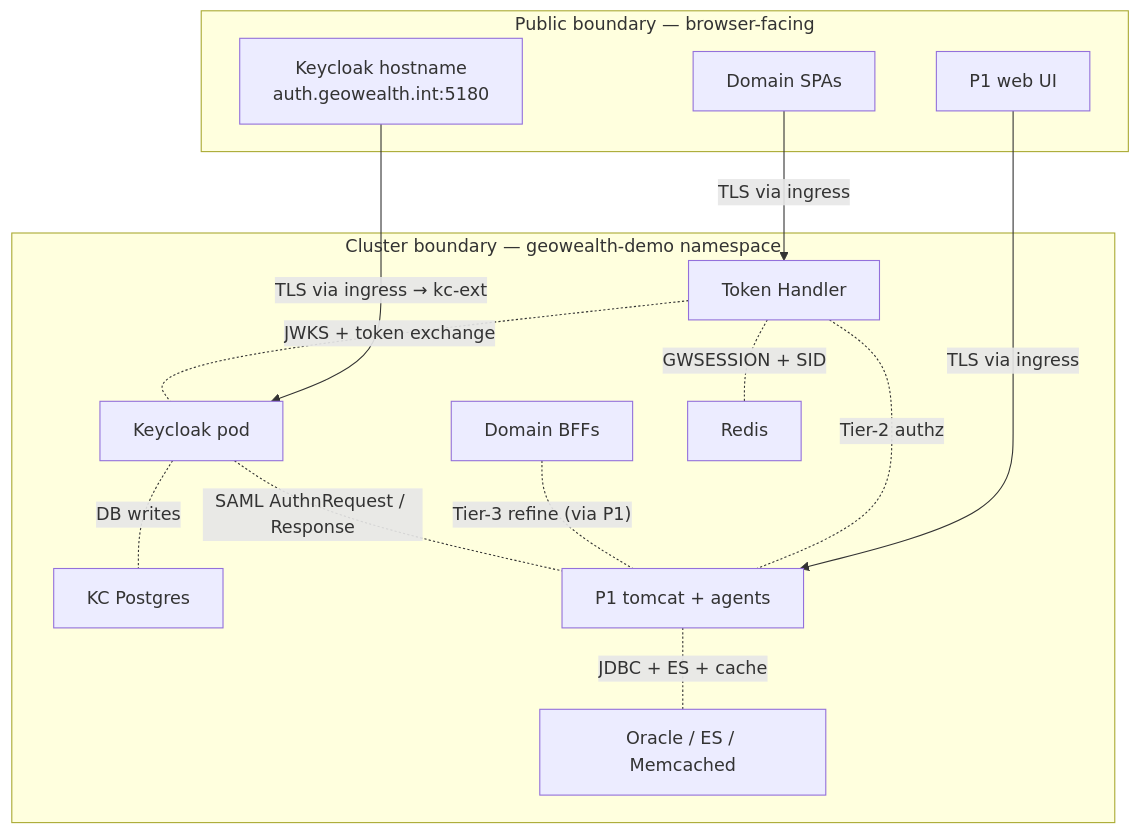
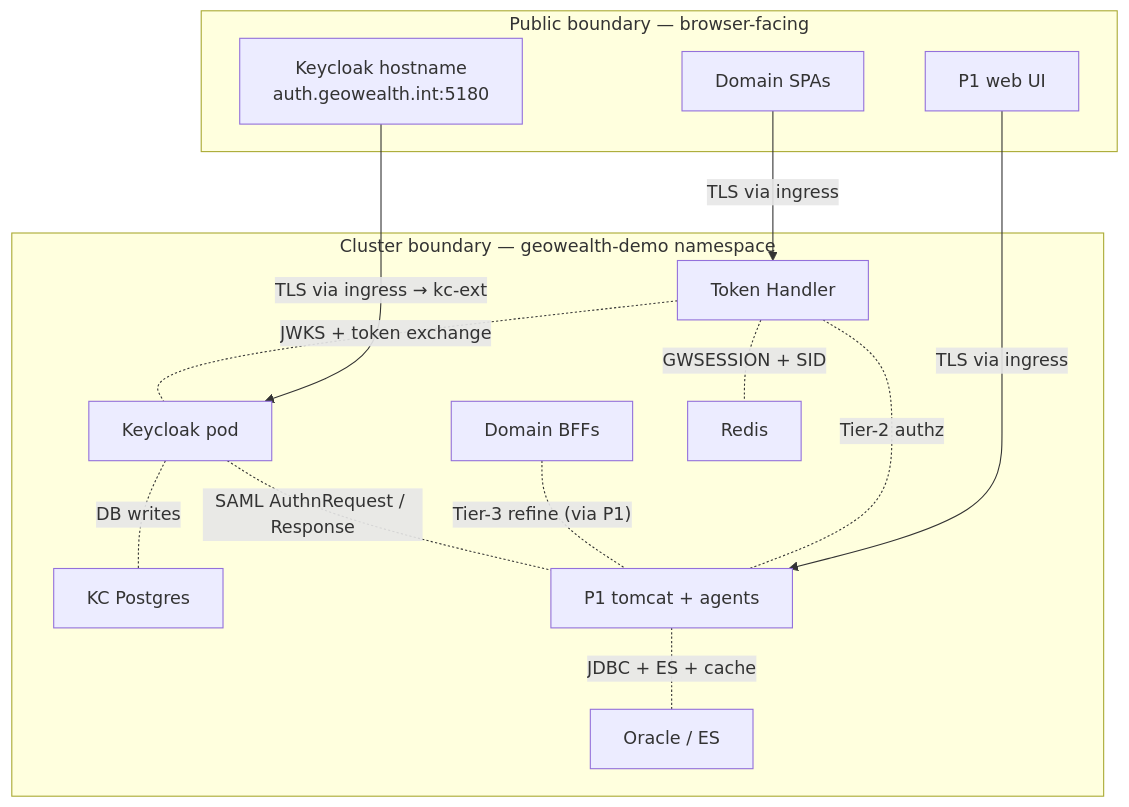
One commit to petarnenov/keycloak-demo changed the second of 2 diagrams in docs/solution-architect/01-architecture-overview.md. Above: the diagram before and after it, drawn with Mermaid. The commit also changed other lines of this file and 19 other files, not shown here.

````diff
--- a/docs/solution-architect/01-architecture-overview.md
+++ b/docs/solution-architect/01-architecture-overview.md
@@ -81,29 +79,29 @@
 ```mermaid
 flowchart TB
     subgraph Public["Public boundary — browser-facing"]
         S1[Domain SPAs]
         S2[Keycloak hostname<br/>auth.geowealth.int:5180]
         S3[P1 web UI]
     end
     subgraph Cluster["Cluster boundary — geowealth-demo namespace"]
         T1[Token Handler]
         T2[Domain BFFs]
         T3[Keycloak pod]
         T4[Redis]
         T5[KC Postgres]
         T6[P1 tomcat + agents]
-        T7[Oracle / ES / Memcached]
+        T7[Oracle / ES]
     end
 
     S1 -- "TLS via ingress" --> T1
     S2 -- "TLS via ingress → kc-ext" --> T3
     S3 -- "TLS via ingress" --> T6
 
     T1 -. "JWKS + token exchange" .- T3
     T1 -. "Tier-2 authz" .- T6
     T2 -. "Tier-3 refine (via P1)" .- T6
     T3 -. "SAML AuthnRequest / Response" .- T6
     T1 -. "GWSESSION + SID" .- T4
     T3 -. "DB writes" .- T5
     T6 -. "JDBC + ES + cache" .- T7
 ```
````
